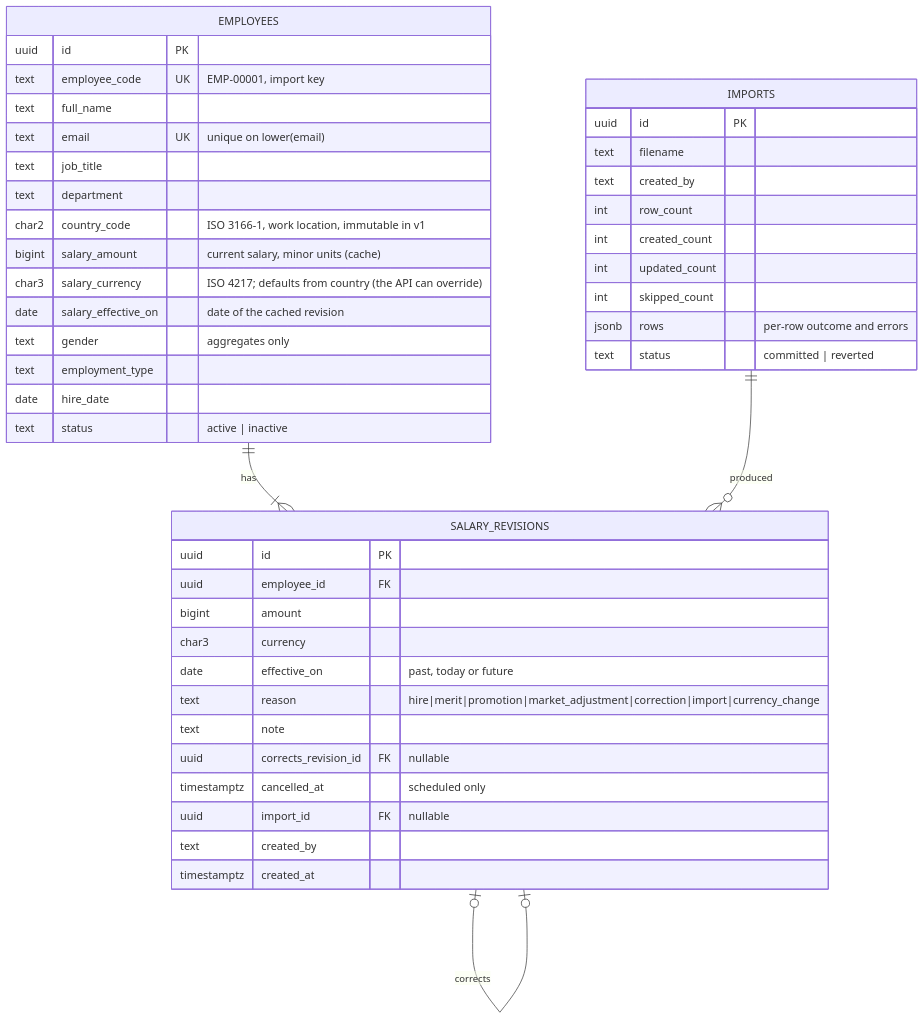
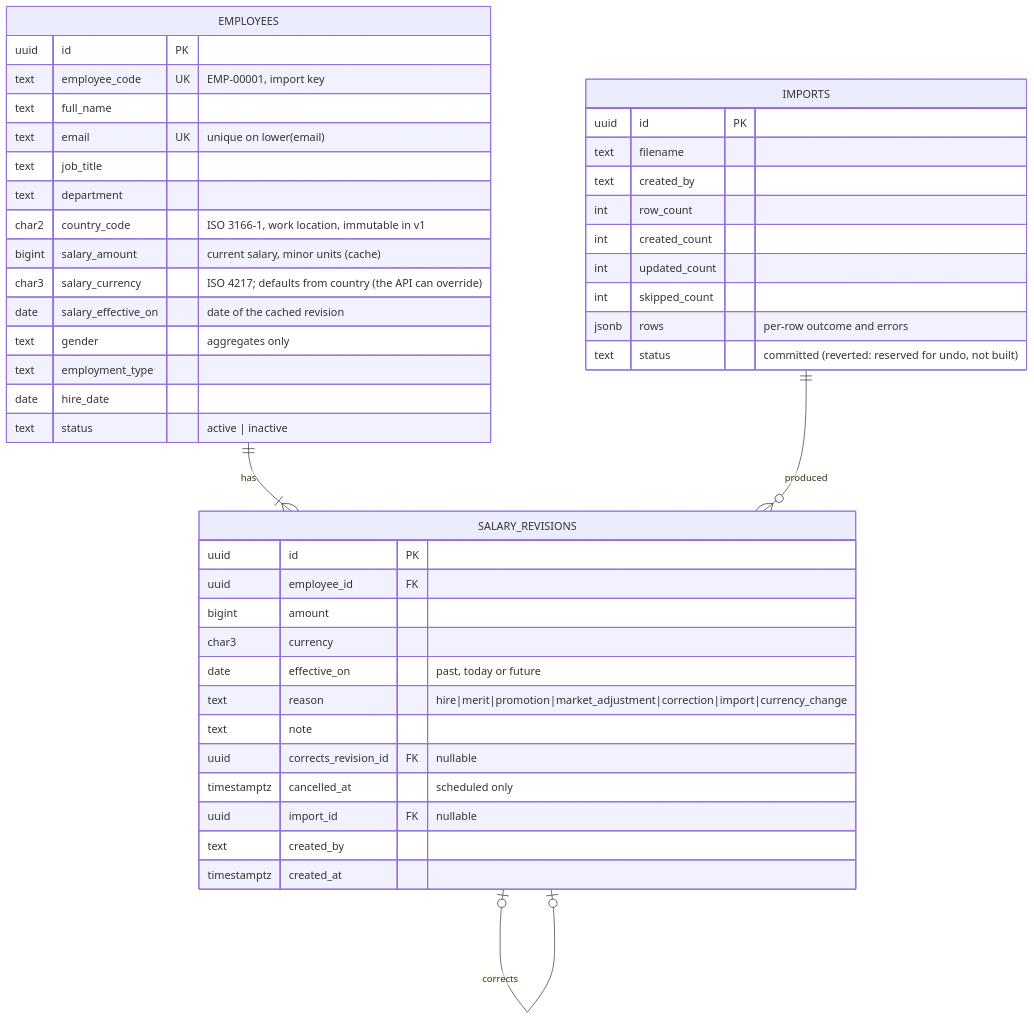
Before and after one commit to Sandeep-M23/paywise: the second of 4 diagrams in docs/DESIGN.md, drawn with Mermaid. The commit also changed other lines of this file and 9 other files, not shown here.

````diff
--- a/docs/DESIGN.md
+++ b/docs/DESIGN.md
@@ -44,47 +44,47 @@
 ```mermaid
 erDiagram
   EMPLOYEES ||--|{ SALARY_REVISIONS : has
   SALARY_REVISIONS |o--o| SALARY_REVISIONS : corrects
   IMPORTS ||--o{ SALARY_REVISIONS : produced
   EMPLOYEES {
     uuid id PK
     text employee_code UK "EMP-00001, import key"
     text full_name
     text email UK "unique on lower(email)"
     text job_title
     text department
     char2 country_code "ISO 3166-1, work location, immutable in v1"
     bigint salary_amount "current salary, minor units (cache)"
     char3 salary_currency "ISO 4217; defaults from country (the API can override)"
     date salary_effective_on "date of the cached revision"
     text gender "aggregates only"
     text employment_type
     date hire_date
     text status "active | inactive"
   }
   SALARY_REVISIONS {
     uuid id PK
     uuid employee_id FK
     bigint amount
     char3 currency
     date effective_on "past, today or future"
     text reason "hire|merit|promotion|market_adjustment|correction|import|currency_change"
     text note
     uuid corrects_revision_id FK "nullable"
     timestamptz cancelled_at "scheduled only"
     uuid import_id FK "nullable"
     text created_by
     timestamptz created_at
   }
   IMPORTS {
     uuid id PK
     text filename
     text created_by
     int row_count
     int created_count
     int updated_count
     int skipped_count
     jsonb rows "per-row outcome and errors"
-    text status "committed | reverted"
+    text status "committed (reverted: reserved for undo, not built)"
   }
 ```
````
